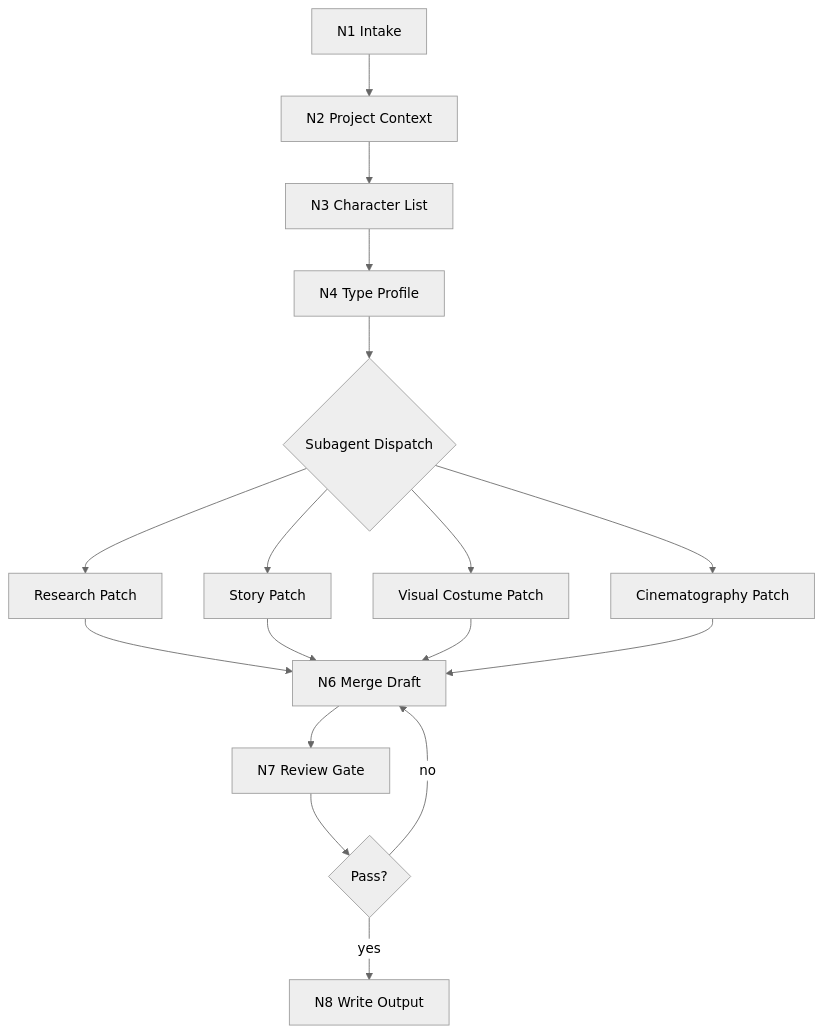
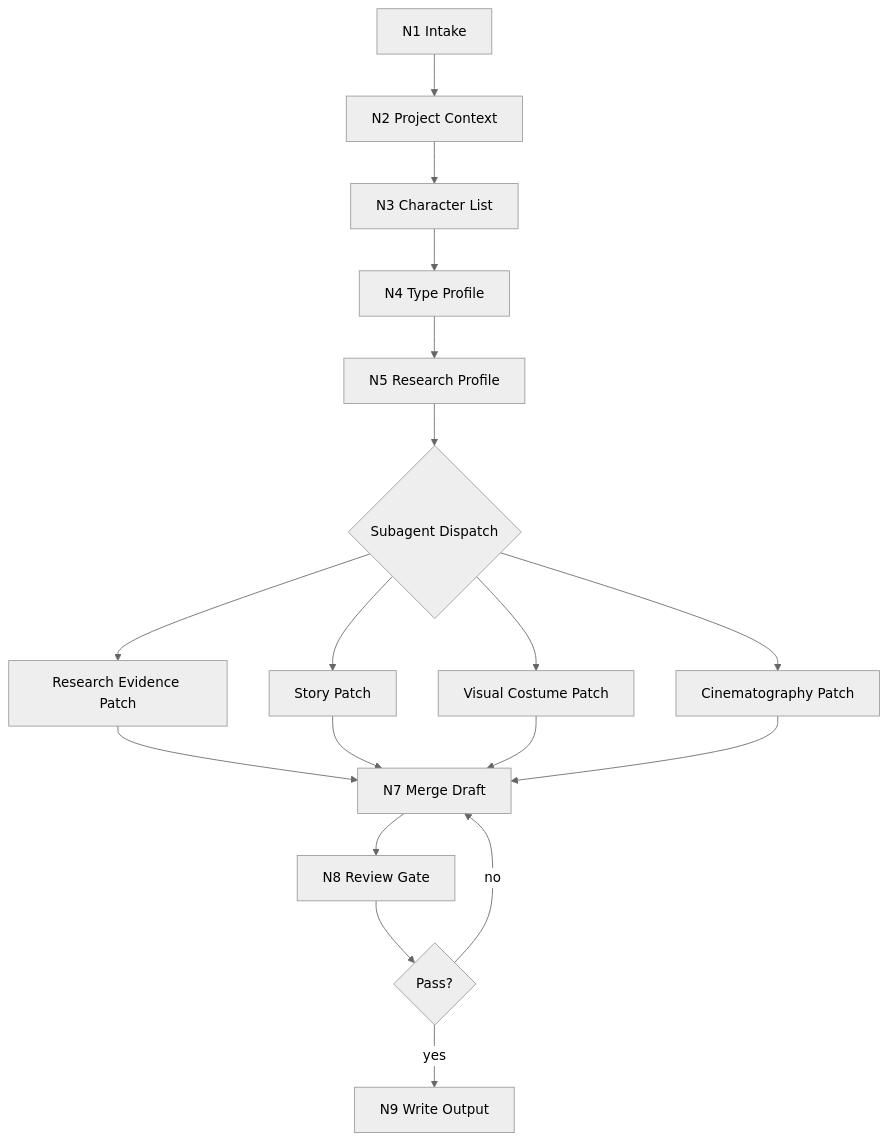
Before and after one commit to ZEN-VOID/AI-CUT: the diagram in .agents/skills/aigc/5-设计/角色/2-设计/steps/character-design-workflow.md, drawn with Mermaid (neutral theme). The commit also changed other lines of this file and 526 other files, not shown here.

````diff
--- a/.agents/skills/aigc/5-设计/角色/2-设计/steps/character-design-workflow.md
+++ b/.agents/skills/aigc/5-设计/角色/2-设计/steps/character-design-workflow.md
@@ -9,19 +9,20 @@
 ```mermaid
 flowchart TD
     A["N1 Intake"] --> B["N2 Project Context"]
     B --> C["N3 Character List"]
     C --> D["N4 Type Profile"]
-    D --> E{"Subagent Dispatch"}
-    E --> F["Research Patch"]
+    D --> R["N5 Research Profile"]
+    R --> E{"Subagent Dispatch"}
+    E --> F["Research Evidence Patch"]
     E --> G["Story Patch"]
     E --> H["Visual Costume Patch"]
     E --> I["Cinematography Patch"]
-    F --> J["N6 Merge Draft"]
+    F --> J["N7 Merge Draft"]
     G --> J
     H --> J
     I --> J
-    J --> K["N7 Review Gate"]
+    J --> K["N8 Review Gate"]
     K --> L{"Pass?"}
-    L -->|"yes"| M["N8 Write Output"]
+    L -->|"yes"| M["N9 Write Output"]
     L -->|"no"| J
 ```
````
